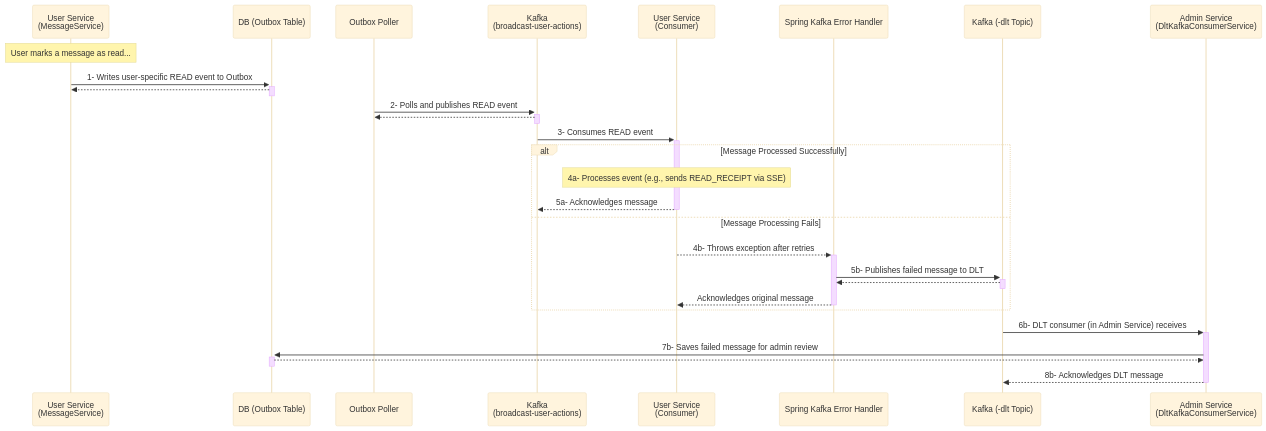
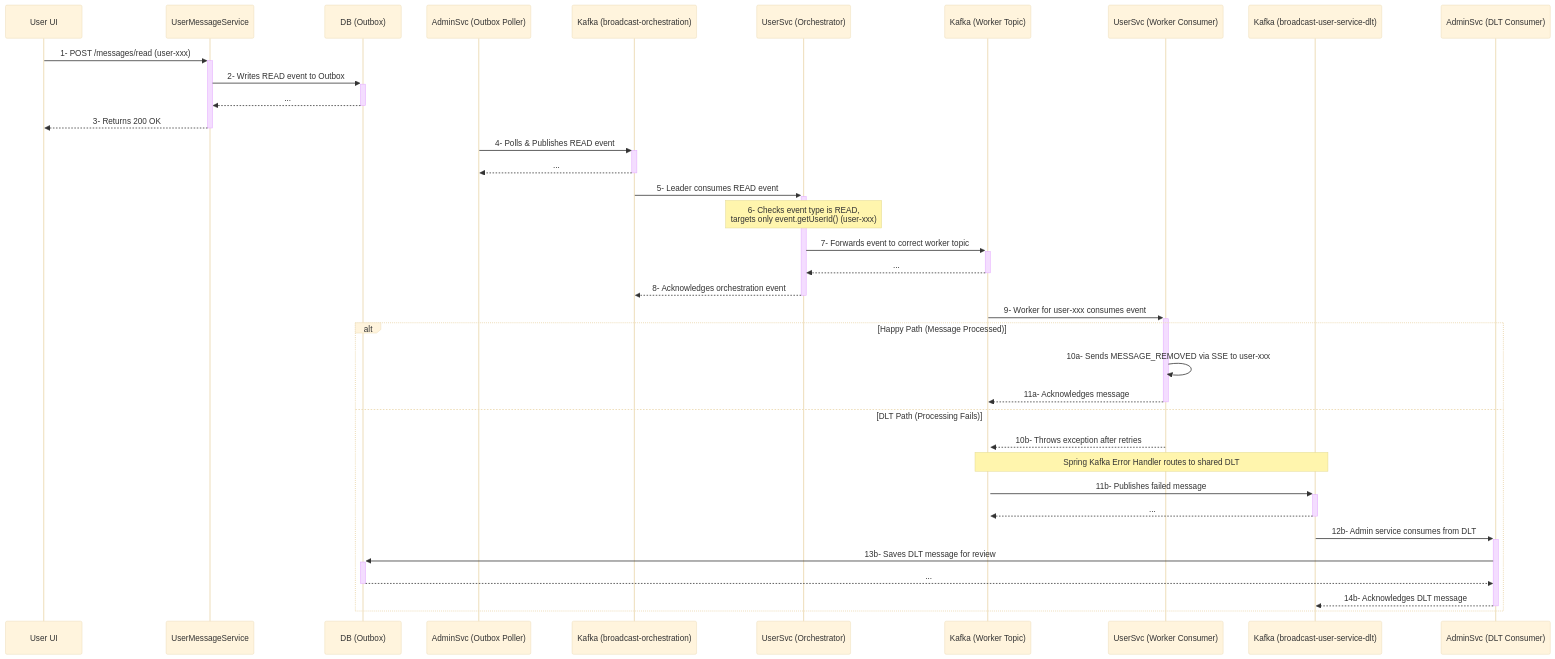
Before and after one commit to rsrini7/Notification-SSE-GLM-Flux: the diagram in MermaidDiagrams/seq-kafka-user-mark-read-dlt.mmd, drawn with Mermaid (base theme). The commit also changed 1 other file, not shown here.

Commit message:
refactor(MermaidDiagrams): update sequence diagrams for message read flow
- Replace seq-user-mark-read.mmd with updated flow in seq-kafka-user-mark-read-dlt.mmd
- Restructure diagram to show new orchestration pattern and DLT handling
- Clarify participant roles and message flow between services

```diff
--- a/MermaidDiagrams/seq-kafka-user-mark-read-dlt.mmd
+++ b/MermaidDiagrams/seq-kafka-user-mark-read-dlt.mmd
@@ -1,33 +1,41 @@
 sequenceDiagram
-    participant UserSvc as User Service <br/> (MessageService)
-    participant DB as DB (Outbox Table)
-    participant OutboxPoller as Outbox Poller
-    participant KafkaUserActions as Kafka <br/> (broadcast-user-actions)
-    participant Worker as User Service <br/> (Consumer)
-    participant SpringKafka as Spring Kafka Error Handler
-    participant KafkaDLT as Kafka (-dlt Topic)
-    participant DLTConsumer as Admin Service <br/> (DltKafkaConsumerService)
+    participant UserUI as User UI
+    participant UserSvc as UserMessageService
+    participant DB as DB (Outbox)
+    participant OutboxPoller as AdminSvc (Outbox Poller)
+    participant KafkaOrch as Kafka (broadcast-orchestration)
+    participant Orchestrator as UserSvc (Orchestrator)
+    participant KafkaWorker as Kafka (Worker Topic)
+    participant Worker as UserSvc (Worker Consumer)
+    participant DLT as Kafka (broadcast-user-service-dlt)
+    participant DLTConsumer as AdminSvc (DLT Consumer)
 
-    Note over UserSvc: User marks a message as read...
-    UserSvc->>+DB: 1- Writes user-specific READ event to Outbox
-    DB-->>-UserSvc: 
+    UserUI->>+UserSvc: 1- POST /messages/read (user-xxx)
+    UserSvc->>+DB: 2- Writes READ event to Outbox
+    DB-->>-UserSvc: ...
+    UserSvc-->>-UserUI: 3- Returns 200 OK
 
-    OutboxPoller->>+KafkaUserActions: 2- Polls and publishes READ event
-    KafkaUserActions-->>-OutboxPoller: 
+    OutboxPoller->>+KafkaOrch: 4- Polls & Publishes READ event
+    KafkaOrch-->>-OutboxPoller: ...
 
-    KafkaUserActions->>+Worker: 3- Consumes READ event
-    
-    alt Message Processed Successfully
-        Note over Worker: 4a- Processes event (e.g., sends READ_RECEIPT via SSE)
-        Worker-->>-KafkaUserActions: 5a- Acknowledges message
-    else Message Processing Fails
-        Worker-->>+SpringKafka: 4b- Throws exception after retries
-        SpringKafka->>+KafkaDLT: 5b- Publishes failed message to DLT
-        KafkaDLT-->>-SpringKafka: 
-        SpringKafka-->>-Worker: Acknowledges original message
+    KafkaOrch->>+Orchestrator: 5- Leader consumes READ event
+    Note over Orchestrator: 6- Checks event type is READ,<br/>targets only event.getUserId() (user-xxx)
+    Orchestrator->>+KafkaWorker: 7- Forwards event to correct worker topic
+    KafkaWorker-->>-Orchestrator: ...
+    Orchestrator-->>-KafkaOrch: 8- Acknowledges orchestration event
+
+    KafkaWorker->>+Worker: 9- Worker for user-xxx consumes event
+
+    alt Happy Path (Message Processed)
+        Worker->>Worker: 10a- Sends MESSAGE_REMOVED via SSE to user-xxx
+        Worker-->>-KafkaWorker: 11a- Acknowledges message
+    else DLT Path (Processing Fails)
+        Worker-->>+KafkaWorker: 10b- Throws exception after retries
+        Note over KafkaWorker, DLT: Spring Kafka Error Handler routes to shared DLT
+        KafkaWorker->>+DLT: 11b- Publishes failed message
+        DLT-->>-KafkaWorker: ...
+        DLT->>+DLTConsumer: 12b- Admin service consumes from DLT
+        DLTConsumer->>+DB: 13b- Saves DLT message for review
+        DB-->>-DLTConsumer: ...
+        DLTConsumer-->>-DLT: 14b- Acknowledges DLT message
     end
-    
-    KafkaDLT->>+DLTConsumer: 6b- DLT consumer (in Admin Service) receives
-    DLTConsumer->>+DB: 7b- Saves failed message for admin review
-    DB-->>-DLTConsumer: 
-    DLTConsumer-->>-KafkaDLT: 8b- Acknowledges DLT message
```
